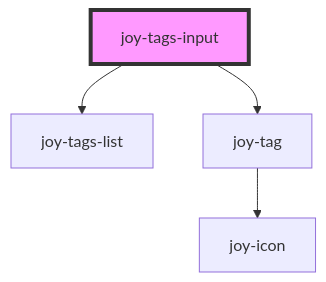
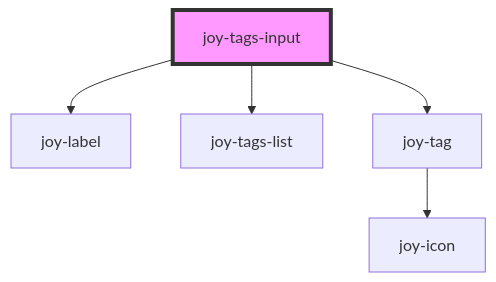
One commit to Maltcommunity/joy changed the diagram in core/src/components/tags-input/readme.md. Above: the diagram before and after it, drawn with Mermaid. The commit also changed other lines of this file and 135 other files, not shown here.

````diff
--- a/core/src/components/tags-input/readme.md
+++ b/core/src/components/tags-input/readme.md
@@ -83,7 +97,8 @@
 ```mermaid
 graph TD;
+  joy-tags-input --> joy-label
   joy-tags-input --> joy-tags-list
   joy-tags-input --> joy-tag
   joy-tag --> joy-icon
   style joy-tags-input fill:#f9f,stroke:#333,stroke-width:4px
 ```
````
